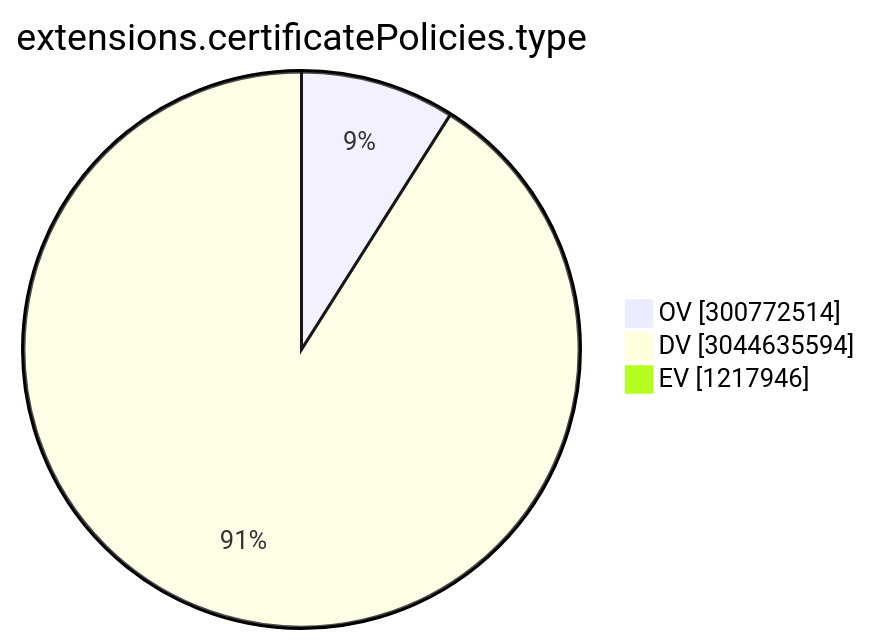
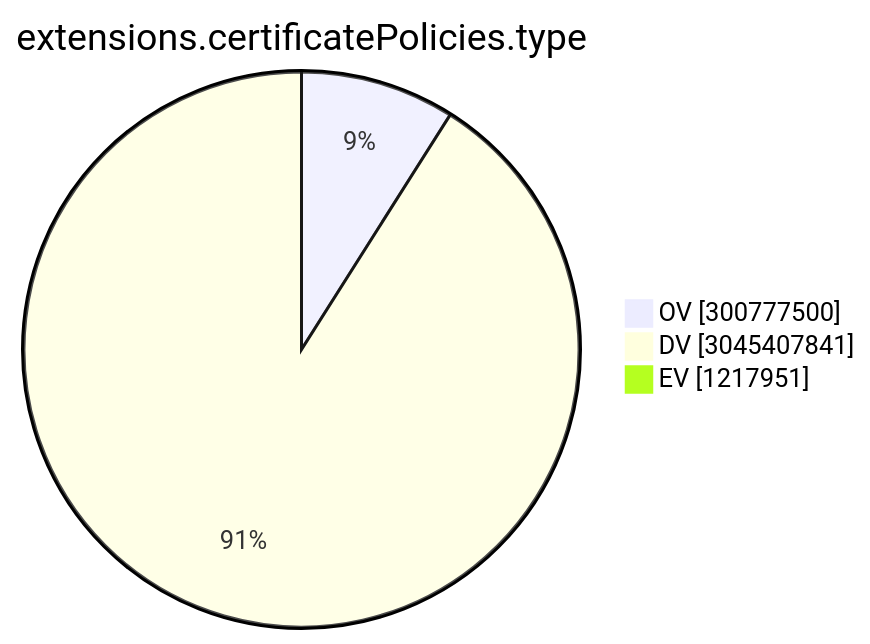
The ninth of 15 diagrams in TOTAL/README.md (christiankrug/ctmonitor_visualization), drawn with Mermaid before and after one commit. The commit also changed other lines of this file, not shown here.

````diff
--- a/TOTAL/README.md
+++ b/TOTAL/README.md
@@ -3102,7 +3102,7 @@
 ```mermaid
 pie showData
 title extensions.certificatePolicies.type
-"OV" :300772514
-"DV" :3044635594
-"EV" :1217946
+"OV" :300777500
+"DV" :3045407841
+"EV" :1217951
 ```
````
